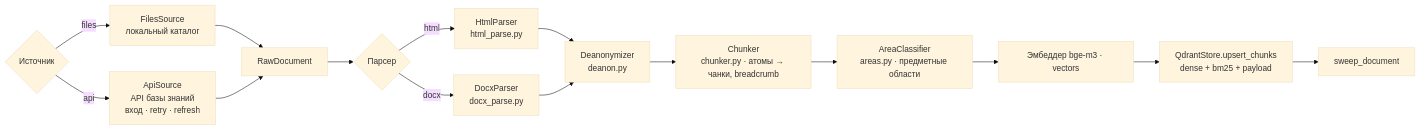
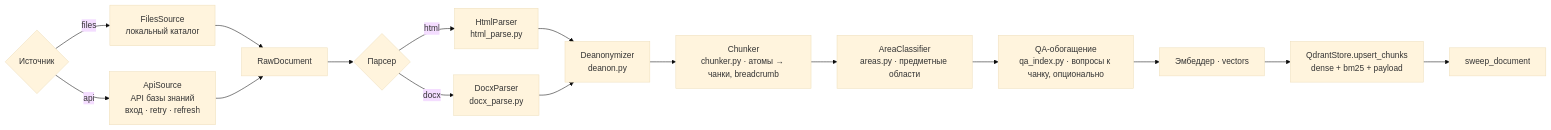
One commit to coder-smookki/GSP-Project-AIst changed the fifth of 7 diagrams in docs/ARCHITECTURE.md. Above: the diagram before and after it, drawn with Mermaid (base theme). The commit also changed other lines of this file and 10 other files, not shown here.

````diff
--- a/docs/ARCHITECTURE.md
+++ b/docs/ARCHITECTURE.md
@@ -219,21 +221,22 @@
 ```mermaid
 flowchart LR
     SRC{Источник}
     SRC -->|files| FS[FilesSource<br/>локальный каталог]
     SRC -->|api| AS[ApiSource<br/>API базы знаний<br/>вход · retry · refresh]
 
     FS --> RAW[RawDocument]
     AS --> RAW
 
     RAW --> PARSE{Парсер}
     PARSE -->|html| HP[HtmlParser<br/>html_parse.py]
     PARSE -->|docx| DP[DocxParser<br/>docx_parse.py]
 
     HP --> DEAN[Deanonymizer<br/>deanon.py]
     DP --> DEAN
     DEAN --> CH[Chunker<br/>chunker.py · атомы → чанки, breadcrumb]
     CH --> CL[AreaClassifier<br/>areas.py · предметные области]
-    CL --> EMB[Эмбеддер bge-m3 · vectors]
+    CL --> QA[QA-обогащение<br/>qa_index.py · вопросы к чанку, опционально]
+    QA --> EMB[Эмбеддер · vectors]
     EMB --> UP[QdrantStore.upsert_chunks<br/>dense + bm25 + payload]
     UP --> SW[sweep_document]
 ```
````
